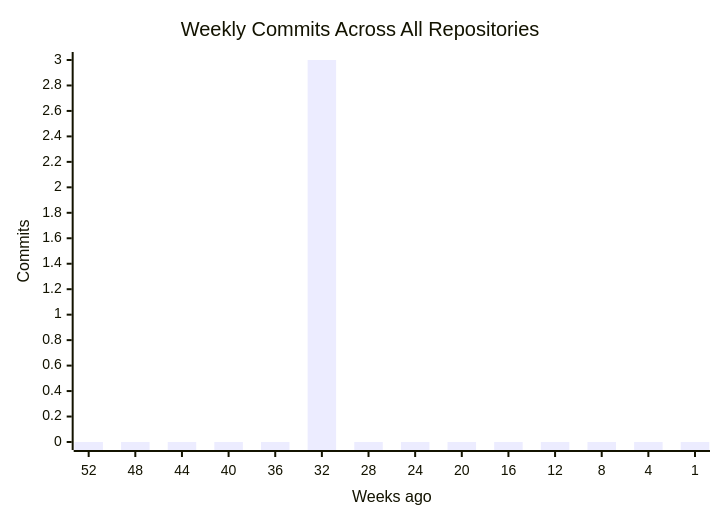
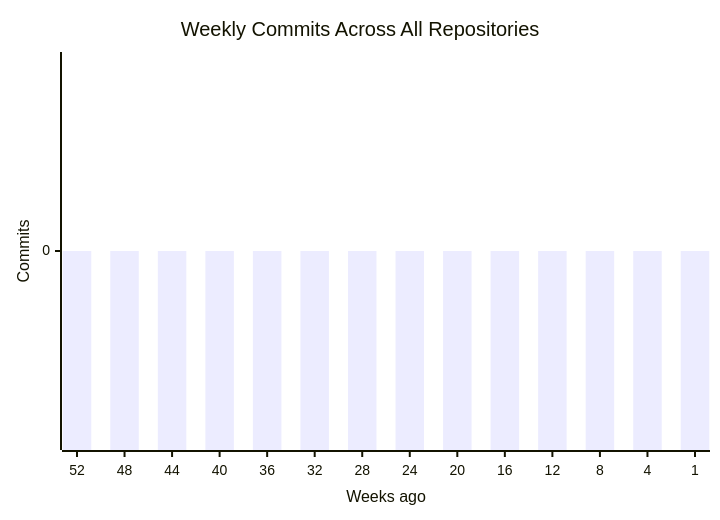
Before and after one commit to CSTH-Projects/.github: the first of 4 diagrams in profile/README.md, drawn with Mermaid. The commit also changed other lines of this file, not shown here.

````diff
--- a/profile/README.md
+++ b/profile/README.md
@@ -17,7 +17,7 @@
 ```mermaid
 xychart-beta
     title "Weekly Commits Across All Repositories"
     x-axis "Weeks ago" [52, 48, 44, 40, 36, 32, 28, 24, 20, 16, 12, 8, 4, 1]
     y-axis "Commits"
-    bar [0, 0, 0, 0, 0, 3, 0, 0, 0, 0, 0, 0, 0, 0]
+    bar [0, 0, 0, 0, 0, 0, 0, 0, 0, 0, 0, 0, 0, 0]
 ```
````
